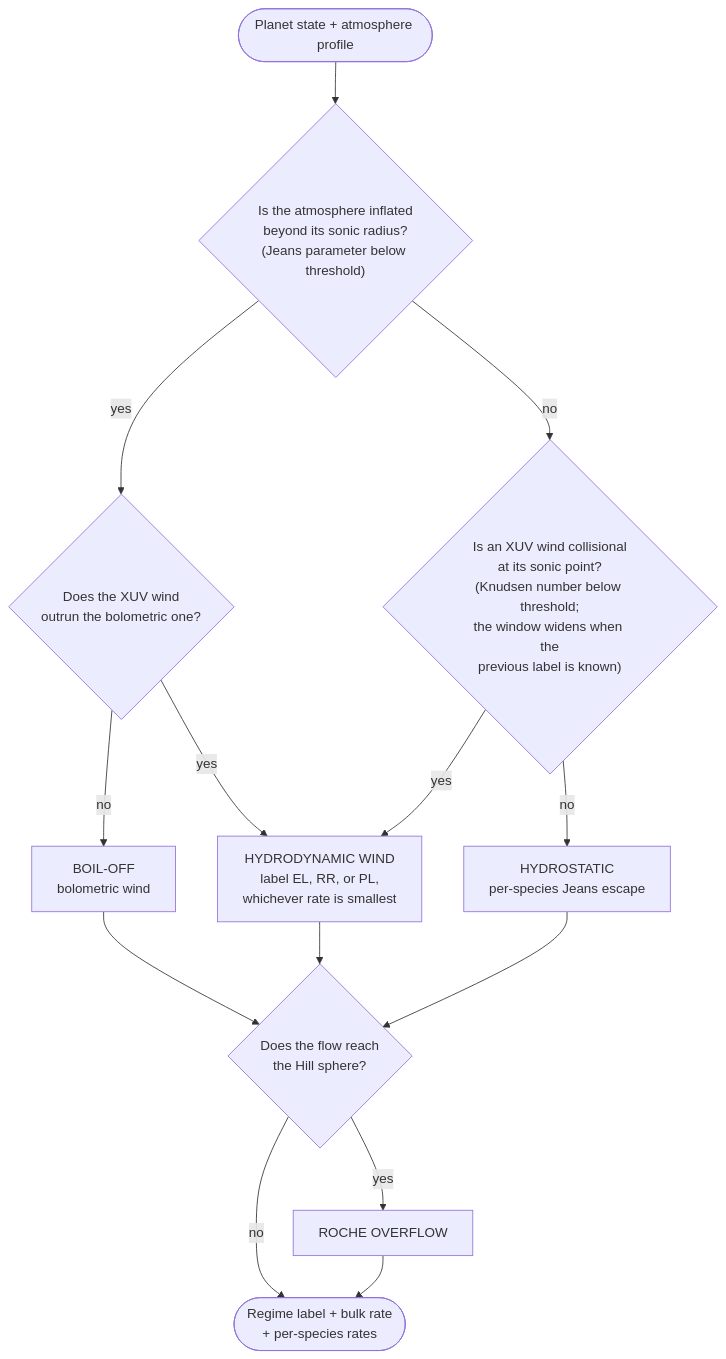
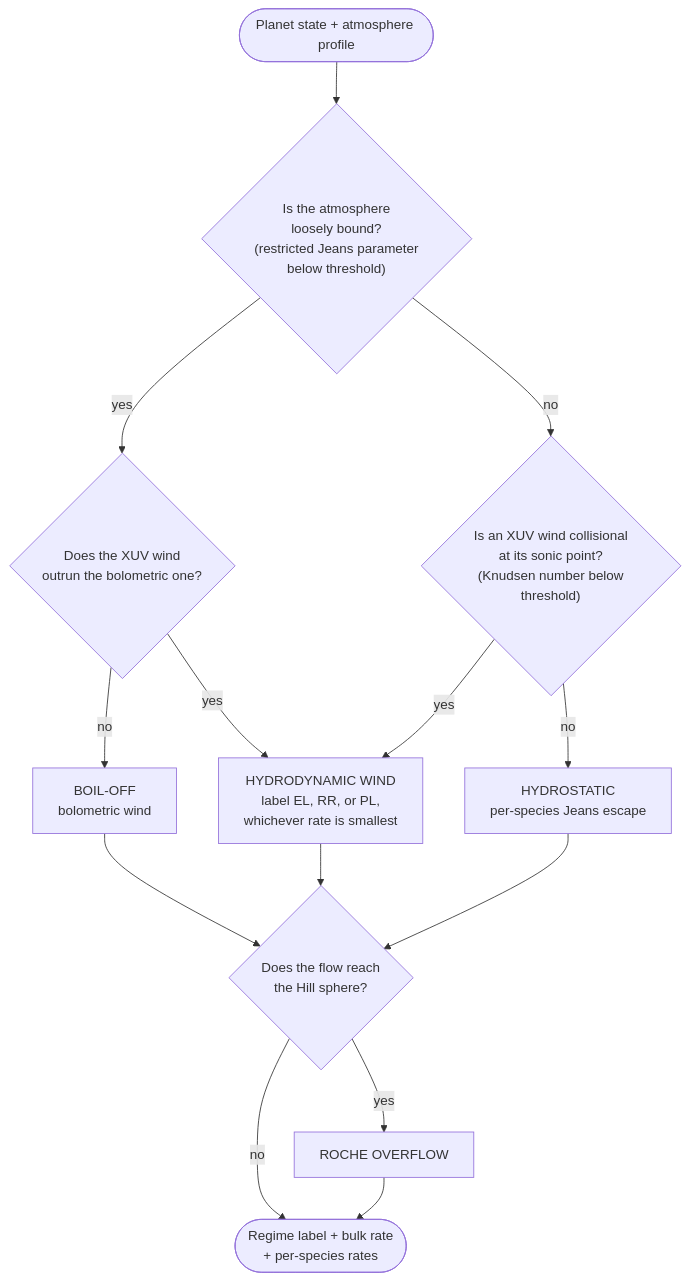
The diagram in docs/Explanations/model.md (FormingWorlds/ZEPHYRUS), drawn with Mermaid before and after one commit. The commit also changed other lines of this file and 21 other files, not shown here.

````diff
--- a/docs/Explanations/model.md
+++ b/docs/Explanations/model.md
@@ -23,18 +26,18 @@
 ```mermaid
 flowchart TD
-    IN(["Planet state + atmosphere profile"]) --> Q1{"Is the atmosphere inflated<br/>beyond its sonic radius?<br/>(Jeans parameter below threshold)"}
+    IN(["Planet state + atmosphere profile"]) --> Q1{"Is the atmosphere<br/>loosely bound?<br/>(restricted Jeans parameter<br/>below threshold)"}
     Q1 -- yes --> QB{"Does the XUV wind<br/>outrun the bolometric one?"}
     QB -- yes --> HD
     QB -- no --> BO["BOIL-OFF<br/>bolometric wind"]
-    Q1 -- no --> Q2{"Is an XUV wind collisional<br/>at its sonic point?<br/>(Knudsen number below threshold;<br/>the window widens when the<br/>previous label is known)"}
+    Q1 -- no --> Q2{"Is an XUV wind collisional<br/>at its sonic point?<br/>(Knudsen number below<br/>threshold)"}
     Q2 -- yes --> HD["HYDRODYNAMIC WIND<br/>label EL, RR, or PL,<br/>whichever rate is smallest"]
     Q2 -- no --> HS["HYDROSTATIC<br/>per-species Jeans escape"]
     BO --> Q3{"Does the flow reach<br/>the Hill sphere?"}
     HD --> Q3
     HS --> Q3
     Q3 -- yes --> RO["ROCHE OVERFLOW"]
     Q3 -- no --> OUT(["Regime label + bulk rate<br/>+ per-species rates"])
     RO --> OUT
     class BO,HD,HS,RO regime
     class Q1,QB,Q2,Q3 decision
 ```
````
